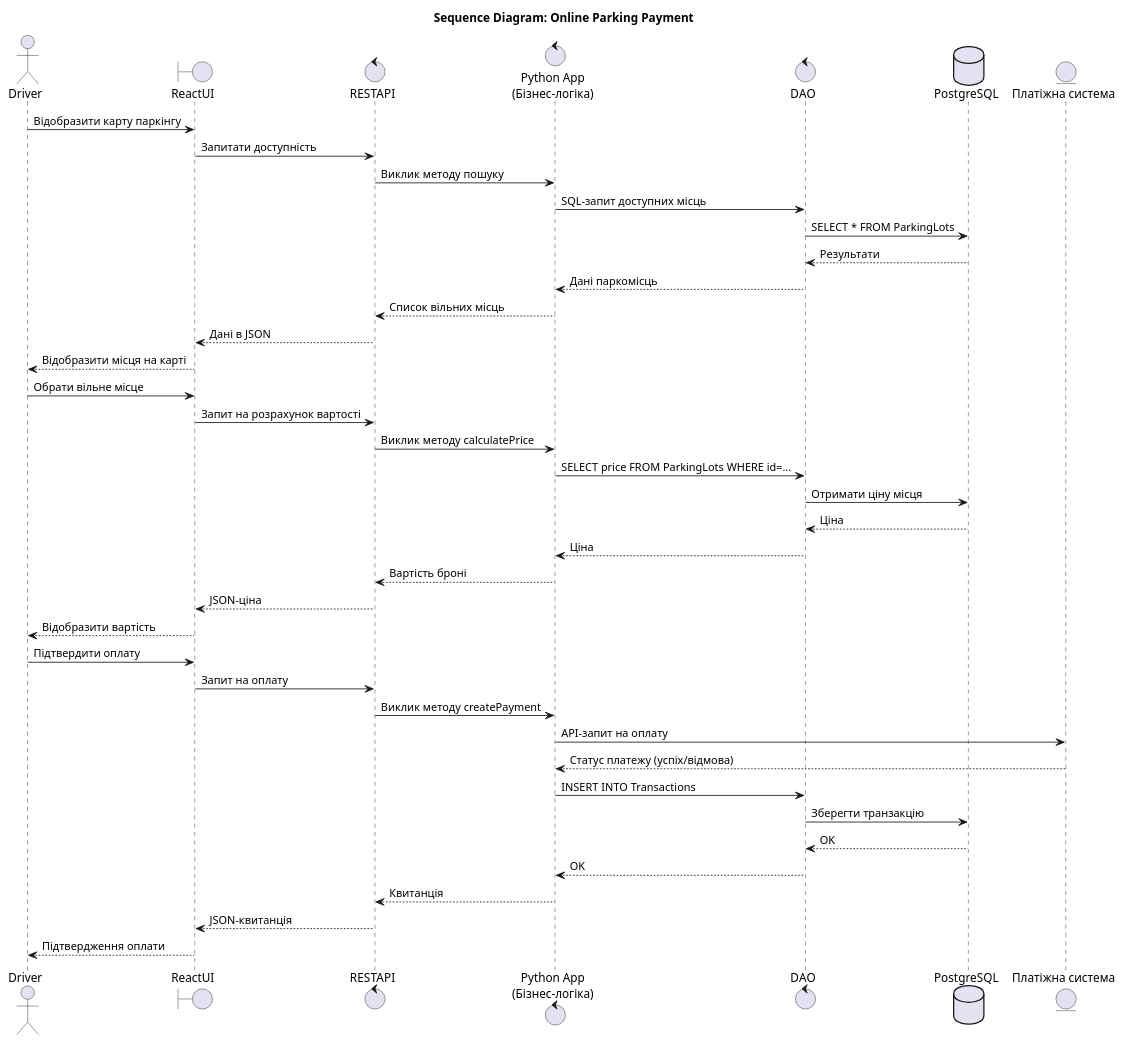
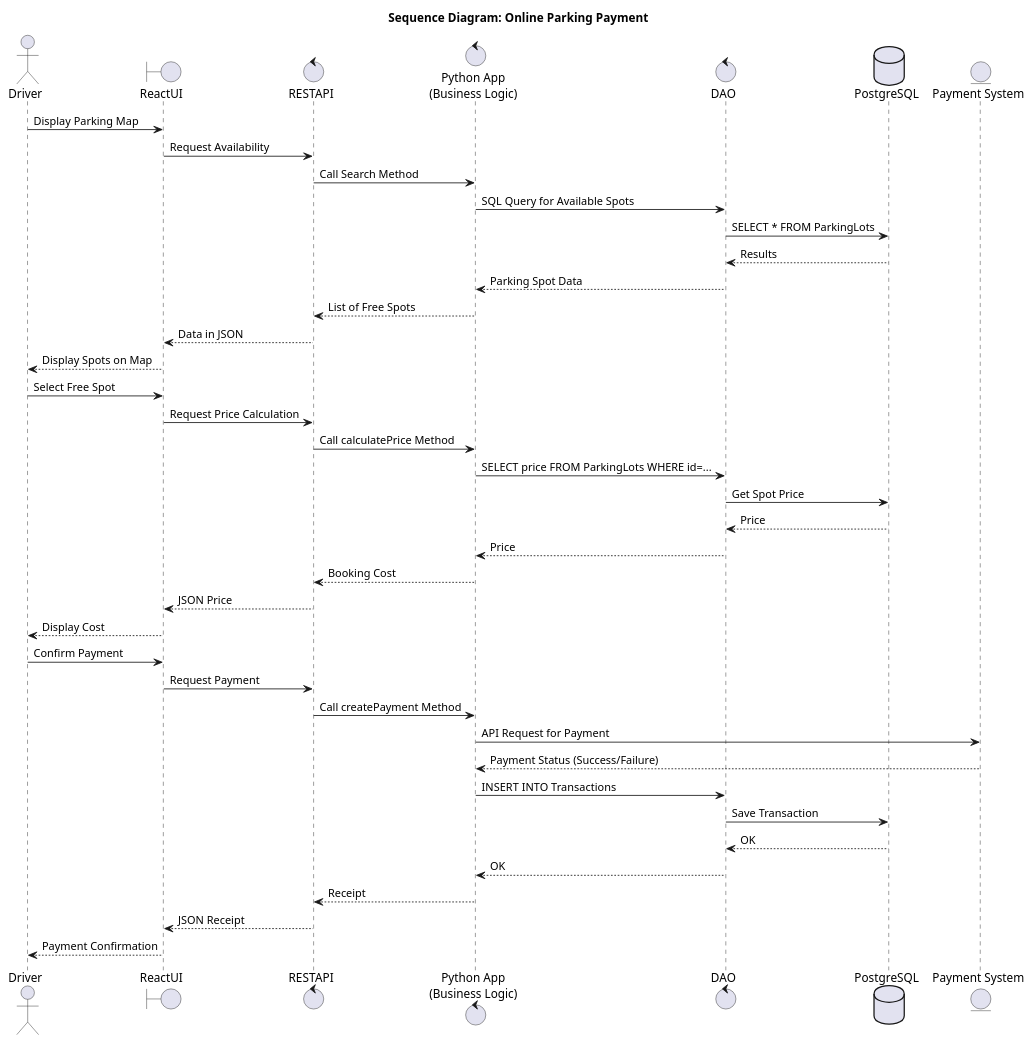
Before and after one commit to ukma-cs-ssdm-2025/team-bottleneck: the diagram in docs/architecture/uml/sequence_diagram.puml, drawn with PlantUML.

Commit message:
Translate sequence diagram

```diff
--- a/docs/architecture/uml/sequence_diagram.puml
+++ b/docs/architecture/uml/sequence_diagram.puml
@@ -1,46 +1,46 @@
 @startuml
 title Sequence Diagram: Online Parking Payment
 
 actor Driver as User
 boundary ReactUI
 control RESTAPI
-control PythonApp as "Python App\n(Бізнес-логіка)"
+control PythonApp as "Python App\n(Business Logic)"
 control DAO
 database DB as "PostgreSQL"
-entity PaymentSystem as "Платіжна система"
+entity PaymentSystem as "Payment System"
 
-User -> ReactUI : Відобразити карту паркінгу
-ReactUI -> RESTAPI : Запитати доступність
-RESTAPI -> PythonApp : Виклик методу пошуку
-PythonApp -> DAO : SQL-запит доступних місць
+User -> ReactUI : Display Parking Map
+ReactUI -> RESTAPI : Request Availability
+RESTAPI -> PythonApp : Call Search Method
+PythonApp -> DAO : SQL Query for Available Spots
 DAO -> DB : SELECT * FROM ParkingLots
-DB --> DAO : Результати
-DAO --> PythonApp : Дані паркомісць
-PythonApp --> RESTAPI : Список вільних місць
-RESTAPI --> ReactUI : Дані в JSON
-ReactUI --> User : Відобразити місця на карті
+DB --> DAO : Results
+DAO --> PythonApp : Parking Spot Data
+PythonApp --> RESTAPI : List of Free Spots
+RESTAPI --> ReactUI : Data in JSON
+ReactUI --> User : Display Spots on Map
 
-User -> ReactUI : Обрати вільне місце
-ReactUI -> RESTAPI : Запит на розрахунок вартості
-RESTAPI -> PythonApp : Виклик методу calculatePrice
+User -> ReactUI : Select Free Spot
+ReactUI -> RESTAPI : Request Price Calculation
+RESTAPI -> PythonApp : Call calculatePrice Method
 PythonApp -> DAO : SELECT price FROM ParkingLots WHERE id=...
-DAO -> DB : Отримати ціну місця
-DB --> DAO : Ціна
-DAO --> PythonApp : Ціна
-PythonApp --> RESTAPI : Вартість броні
-RESTAPI --> ReactUI : JSON-ціна
-ReactUI --> User : Відобразити вартість
+DAO -> DB : Get Spot Price
+DB --> DAO : Price
+DAO --> PythonApp : Price
+PythonApp --> RESTAPI : Booking Cost
+RESTAPI --> ReactUI : JSON Price
+ReactUI --> User : Display Cost
 
-User -> ReactUI : Підтвердити оплату
-ReactUI -> RESTAPI : Запит на оплату
-RESTAPI -> PythonApp : Виклик методу createPayment
-PythonApp -> PaymentSystem : API-запит на оплату
-PaymentSystem --> PythonApp : Статус платежу (успіх/відмова)
+User -> ReactUI : Confirm Payment
+ReactUI -> RESTAPI : Request Payment
+RESTAPI -> PythonApp : Call createPayment Method
+PythonApp -> PaymentSystem : API Request for Payment
+PaymentSystem --> PythonApp : Payment Status (Success/Failure)
 PythonApp -> DAO : INSERT INTO Transactions
-DAO -> DB : Зберегти транзакцію
+DAO -> DB : Save Transaction
 DB --> DAO : OK
 DAO --> PythonApp : OK
-PythonApp --> RESTAPI : Квитанція
-RESTAPI --> ReactUI : JSON-квитанція
-ReactUI --> User : Підтвердження оплати
+PythonApp --> RESTAPI : Receipt
+RESTAPI --> ReactUI : JSON Receipt
+ReactUI --> User : Payment Confirmation
 @enduml
```
